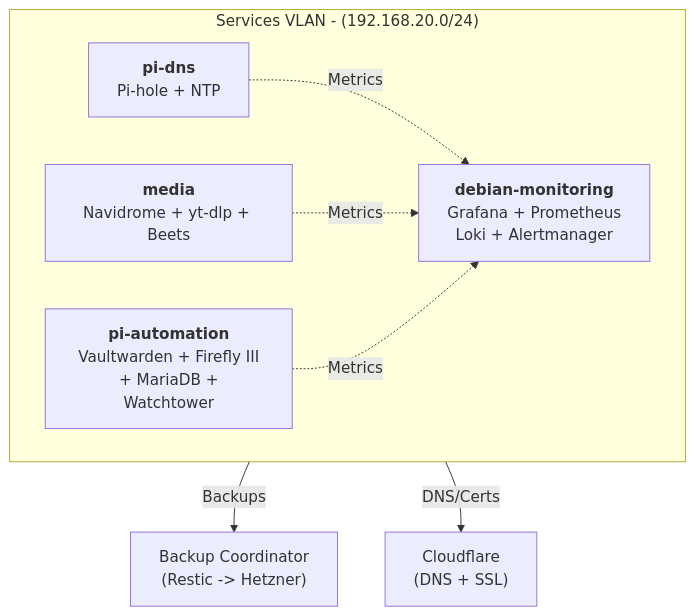
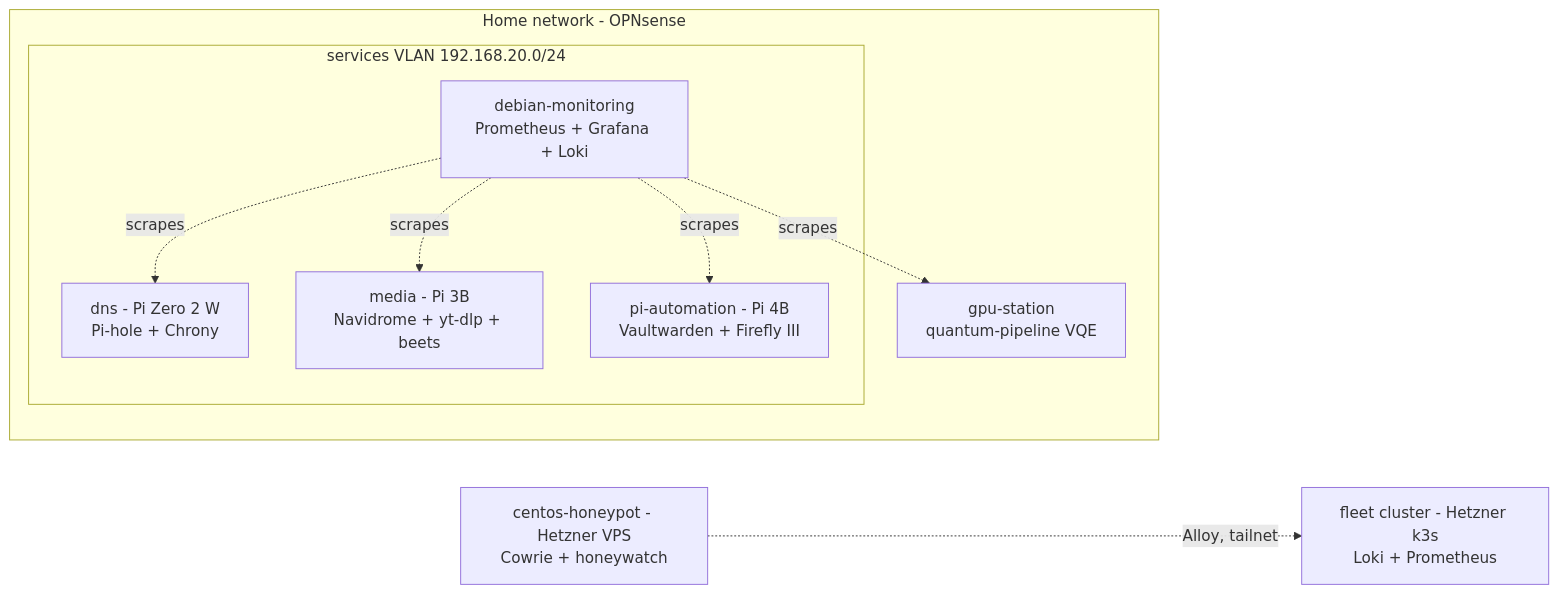
One commit to straightchlorine/cloud changed the diagram in README.md. Above: the diagram before and after it, drawn with Mermaid. The commit also changed other lines of this file, not shown here.

````diff
--- a/README.md
+++ b/README.md
@@ -13,18 +21,18 @@
 ```mermaid
-graph TB
-    subgraph VLAN["Services VLAN - (192.168.20.0/24)"]
-        direction LR
-        dns["<b>pi-dns</b><br/>Pi-hole + NTP"]
-        music["<b>media</b><br/>Navidrome + yt-dlp + Beets"]
-        automation["<b>pi-automation</b><br/>Vaultwarden + Firefly III<br/> + MariaDB + Watchtower"]
-        monitoring["<b>debian-monitoring</b><br/>Grafana + Prometheus<br/>Loki + Alertmanager"]
+graph LR
+    subgraph lan["Home network - OPNsense"]
+        subgraph svc["services VLAN 192.168.20.0/24"]
+            dns["dns - Pi Zero 2 W<br/>Pi-hole + Chrony"]
+            media["media - Pi 3B<br/>Navidrome + yt-dlp + beets"]
+            auto["pi-automation - Pi 4B<br/>Vaultwarden + Firefly III"]
+            mon["debian-monitoring<br/>Prometheus + Grafana + Loki"]
+        end
+        gpu["gpu-station<br/>quantum-pipeline VQE"]
     end
-    backup["Backup Coordinator<br/>(Restic -> Hetzner)"]
-    cloudflare["Cloudflare<br/>(DNS + SSL)"]
 
-    VLAN -->|Backups| backup
-    VLAN -->|DNS/Certs| cloudflare
-    dns -.->|Metrics| monitoring
-    music -.->|Metrics| monitoring
-    automation -.->|Metrics| monitoring
+    hp["centos-honeypot - Hetzner VPS<br/>Cowrie + honeywatch"]
+    fleet["fleet cluster - Hetzner k3s<br/>Loki + Prometheus"]
+
+    mon -.->|scrapes| dns & media & auto & gpu
+    hp -.->|Alloy, tailnet| fleet
 ```
````
